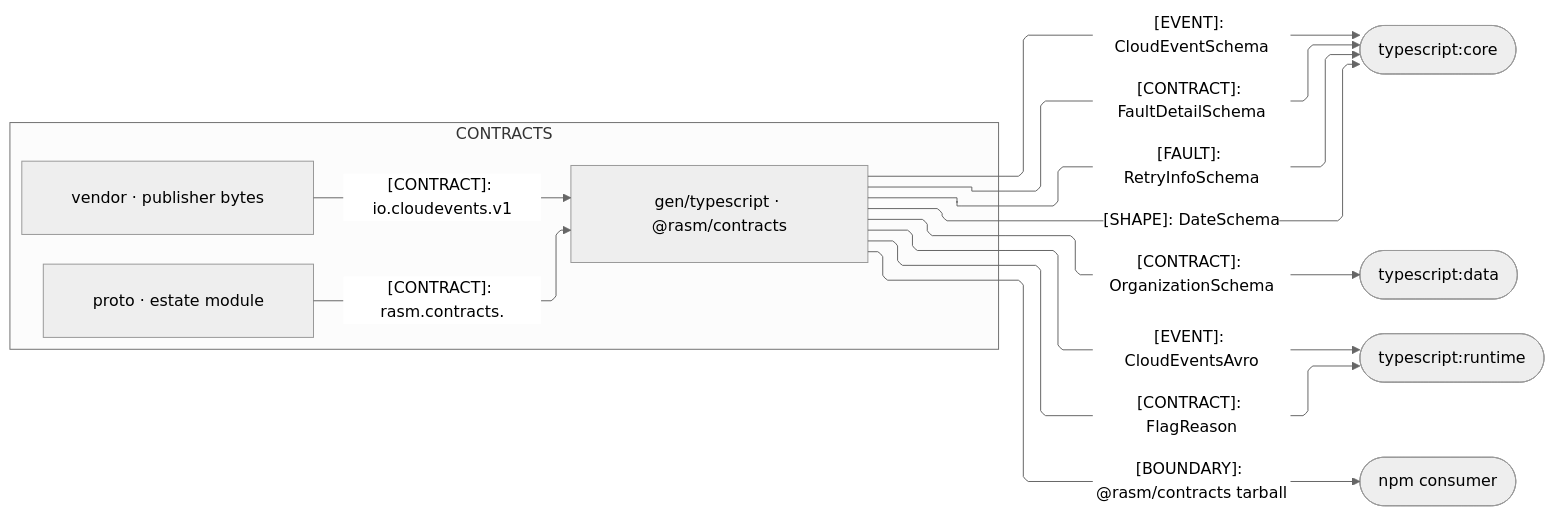
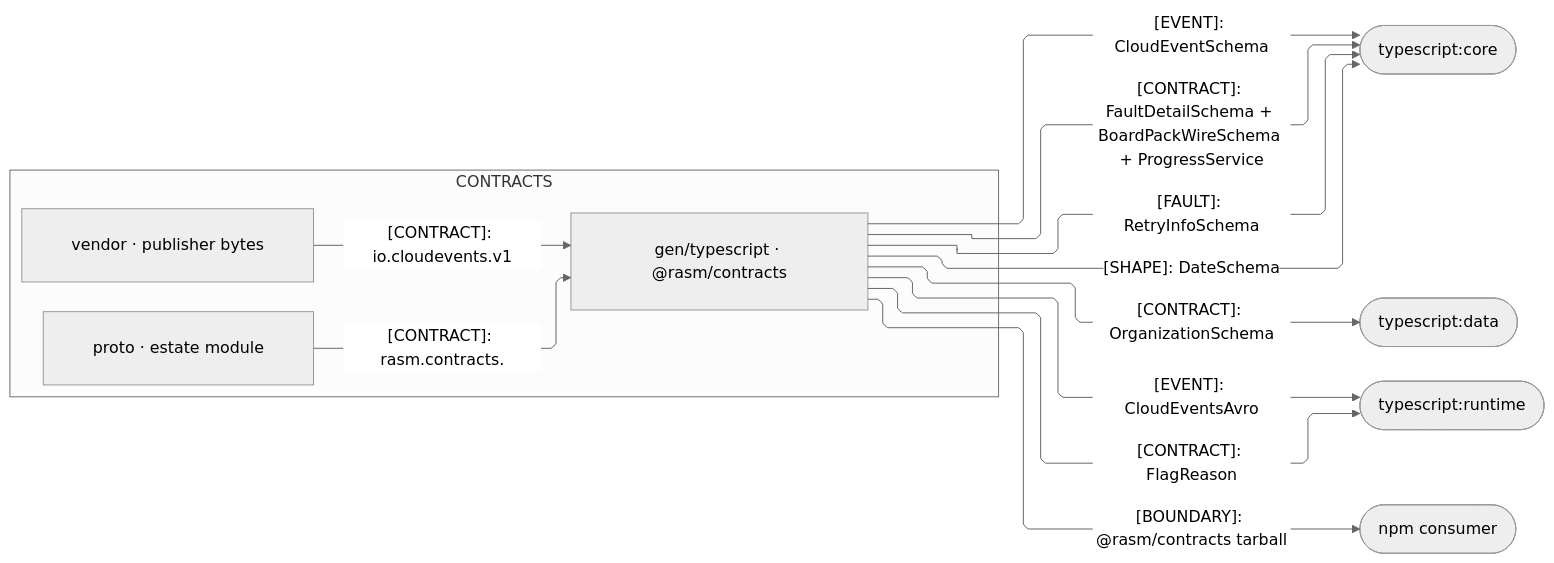
The fourth of 6 diagrams in libs/contracts/ARCHITECTURE.md (bsamiee/Rasm), drawn with Mermaid (neutral theme) before and after one commit. The commit also changed other lines of this file and 167 other files, not shown here.

````diff
--- a/libs/contracts/ARCHITECTURE.md
+++ b/libs/contracts/ARCHITECTURE.md
@@ -219,31 +224,31 @@
 ```mermaid
 ---
 config:
   layout: elk
   flowchart:
     curve: linear
     padding: 25
 ---
 flowchart LR
     accTitle: Contracts TypeScript seam registry
     accDescr: Which estate, support, and publisher shapes cross into the TypeScript emission and outward to branch folders and the npm installer.
     subgraph contracts[CONTRACTS]
         Proto[proto · estate module]
         Vendor[vendor · publisher bytes]
         Ts[gen/typescript · @rasm/contracts]
     end
     Core([typescript:core])
     Data([typescript:data])
     Runtime([typescript:runtime])
     Npm([npm consumer])
     Proto e1@-->|"[CONTRACT]: rasm.contracts.<family>"| Ts
     Vendor e2@-->|"[CONTRACT]: io.cloudevents.v1"| Ts
-    Ts e3@-->|"[CONTRACT]: FaultDetailSchema"| Core
+    Ts e3@-->|"[CONTRACT]: FaultDetailSchema + BoardPackWireSchema + ProgressService"| Core
     Ts e4@-->|"[FAULT]: RetryInfoSchema"| Core
     Ts e5@-->|"[SHAPE]: DateSchema"| Core
     Ts e6@-->|"[EVENT]: CloudEventSchema"| Core
     Ts e7@-->|"[CONTRACT]: OrganizationSchema"| Data
     Ts e8@-->|"[CONTRACT]: FlagReason"| Runtime
     Ts e9@-->|"[EVENT]: CloudEventsAvro"| Runtime
     Ts e10@-->|"[BOUNDARY]: @rasm/contracts tarball"| Npm
 ```
````
